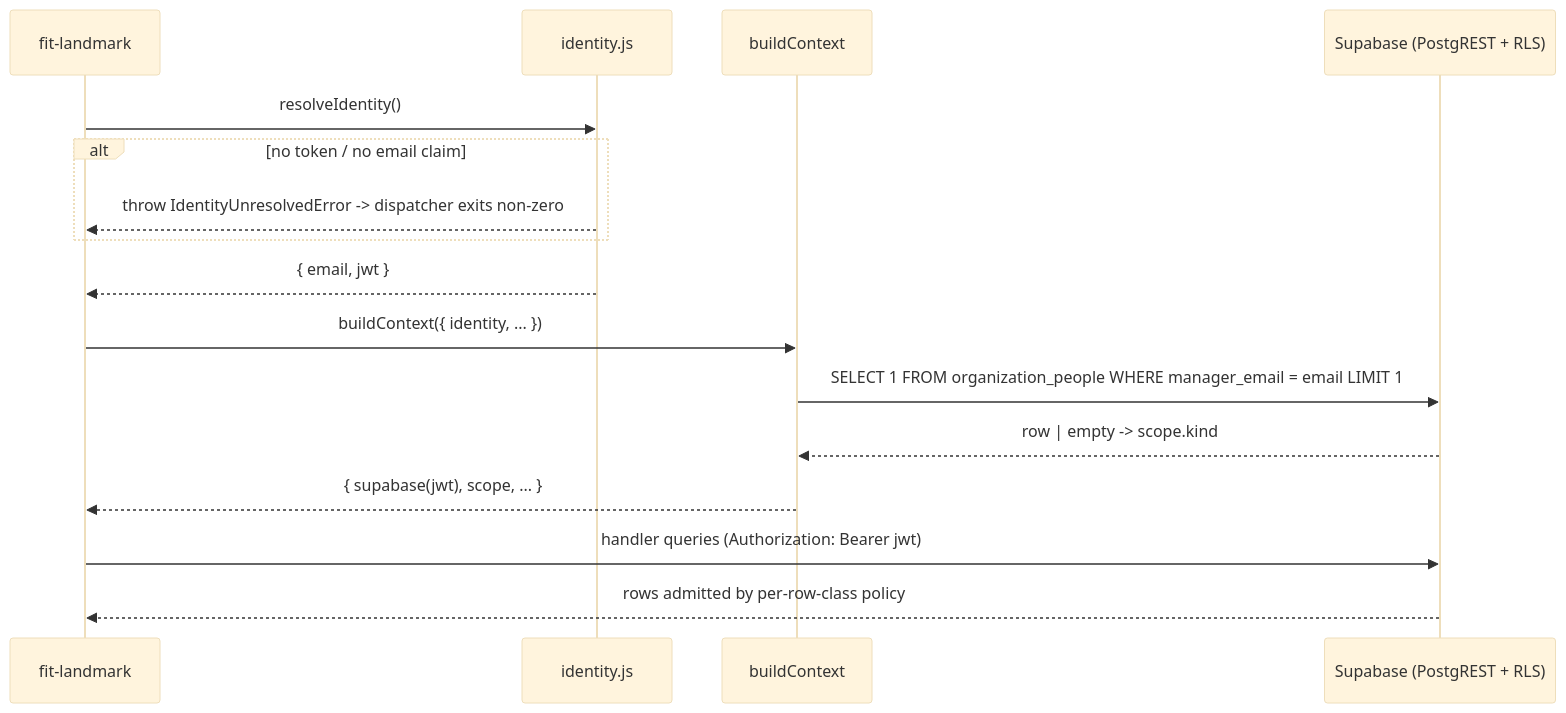
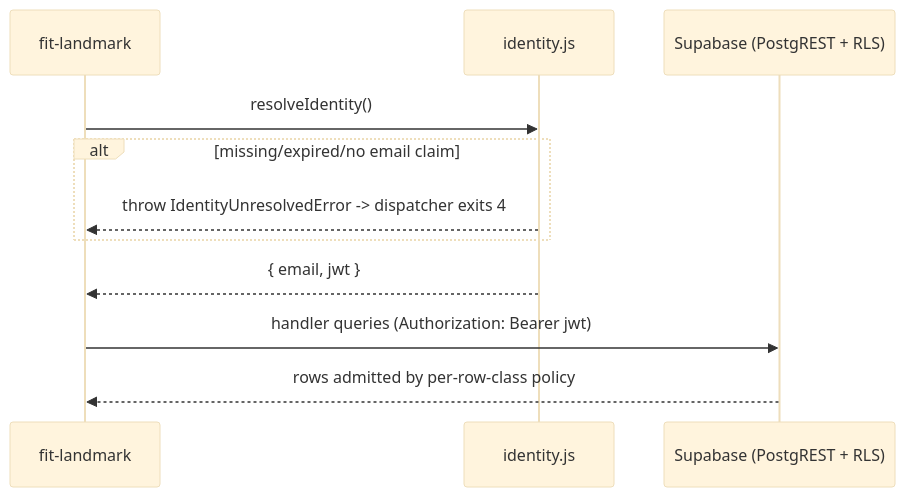
One commit to forwardimpact/monorepo changed the diagram in specs/840-landmark-privacy-substrate/design-a.md. Above: the diagram before and after it, drawn with Mermaid (base theme). The commit also changed other lines of this file, not shown here.

````diff
--- a/specs/840-landmark-privacy-substrate/design-a.md
+++ b/specs/840-landmark-privacy-substrate/design-a.md
@@ -30,19 +29,14 @@
 ```mermaid
 sequenceDiagram
   participant CLI as fit-landmark
   participant ID as identity.js
-  participant CTX as buildContext
   participant SB as Supabase (PostgREST + RLS)
 
   CLI->>ID: resolveIdentity()
-  alt no token / no email claim
-    ID-->>CLI: throw IdentityUnresolvedError -> dispatcher exits non-zero
+  alt missing/expired/no email claim
+    ID-->>CLI: throw IdentityUnresolvedError -> dispatcher exits 4
   end
   ID-->>CLI: { email, jwt }
-  CLI->>CTX: buildContext({ identity, ... })
-  CTX->>SB: SELECT 1 FROM organization_people WHERE manager_email = email LIMIT 1
-  SB-->>CTX: row | empty -> scope.kind
-  CTX-->>CLI: { supabase(jwt), scope, ... }
   CLI->>SB: handler queries (Authorization: Bearer jwt)
   SB-->>CLI: rows admitted by per-row-class policy
 ```
````
